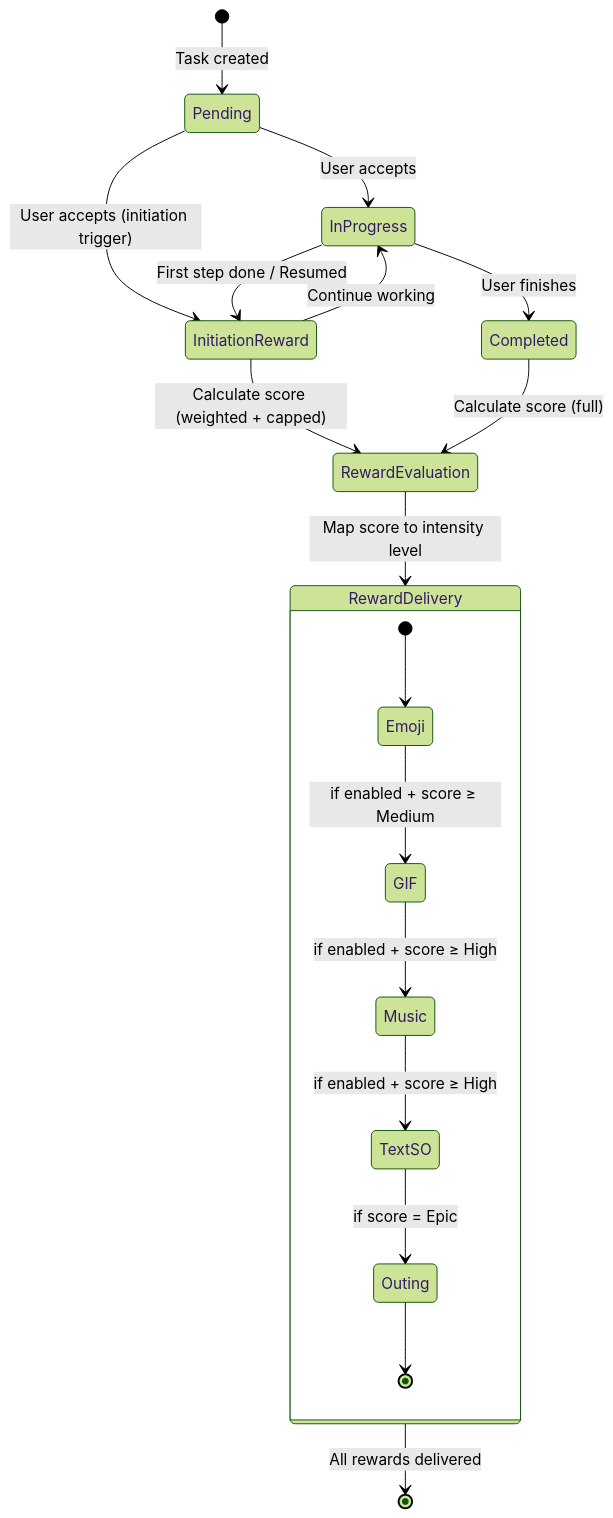
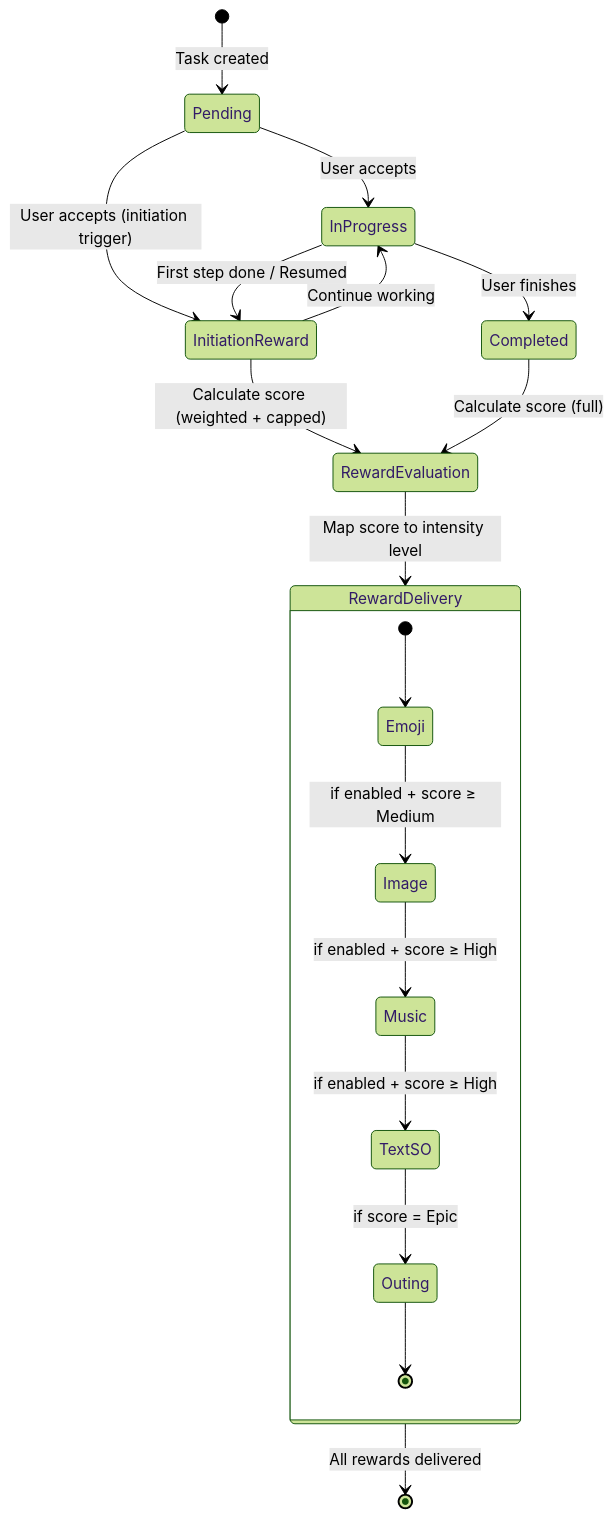
Diagram 17 of 18 in docs/reward-system.md (NickBorgersProbably/hide-my-list), drawn with Mermaid (forest theme) before and after one commit. The commit also changed other lines of this file and 7 other files, not shown here.

````diff
--- a/docs/reward-system.md
+++ b/docs/reward-system.md
@@ -797,27 +797,27 @@
 ```mermaid
 stateDiagram-v2
     [*] --> Pending: Task created
 
     Pending --> InProgress: User accepts
     InProgress --> Completed: User finishes
 
     Pending --> InitiationReward: User accepts (initiation trigger)
     InProgress --> InitiationReward: First step done / Resumed
 
     InitiationReward --> RewardEvaluation: Calculate score (weighted + capped)
     Completed --> RewardEvaluation: Calculate score (full)
 
     RewardEvaluation --> RewardDelivery: Map score to intensity level
 
     state RewardDelivery {
         [*] --> Emoji
-        Emoji --> GIF: if enabled + score ≥ Medium
-        GIF --> Music: if enabled + score ≥ High
+        Emoji --> Image: if enabled + score ≥ Medium
+        Image --> Music: if enabled + score ≥ High
         Music --> TextSO: if enabled + score ≥ High
         TextSO --> Outing: if score = Epic
         Outing --> [*]
     }
 
     InitiationReward --> InProgress: Continue working
     RewardDelivery --> [*]: All rewards delivered
 ```
````
